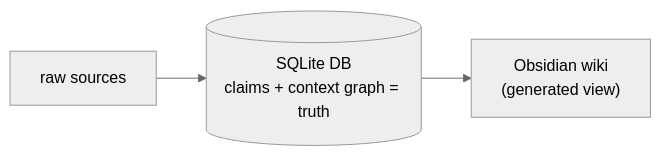
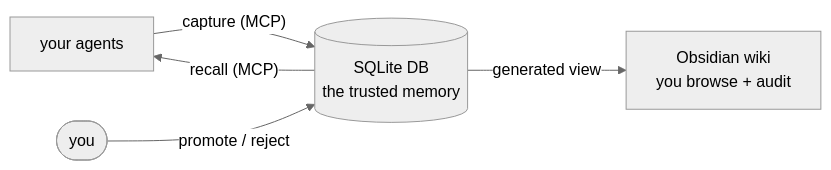
Before and after one commit to Judgernaut777/WikiBrain: the diagram in README.md, drawn with Mermaid (neutral theme). The commit also changed other lines of this file, not shown here.

First line of the commit message:
docs(readme): reframe as agent memory (human-queryable); lead with usage

````diff
--- a/README.md
+++ b/README.md
@@ -12,4 +17,7 @@
 ```mermaid
 flowchart LR
-    raw["raw sources"] --> db[("SQLite DB<br/>claims + context graph = truth")] --> wiki["Obsidian wiki<br/>(generated view)"]
+    agents["your agents"] -->|"capture (MCP)"| db[("SQLite DB<br/>the trusted memory")]
+    db -->|"recall (MCP)"| agents
+    db -->|"generated view"| wiki["Obsidian wiki<br/>you browse + audit"]
+    you(["you"]) -->|"promote / reject"| db
 ```
````
